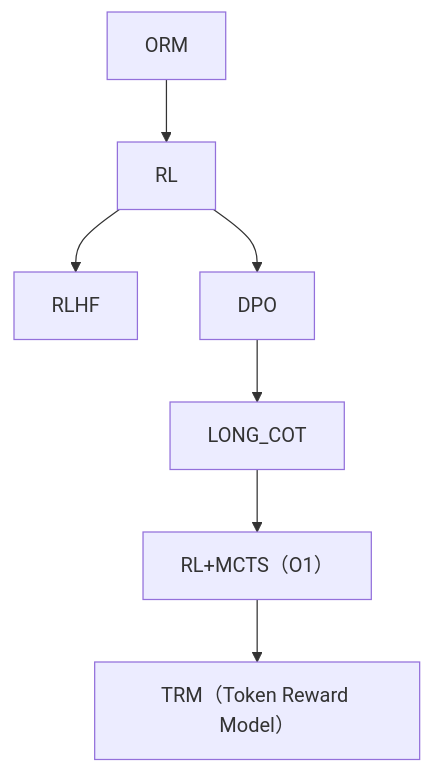
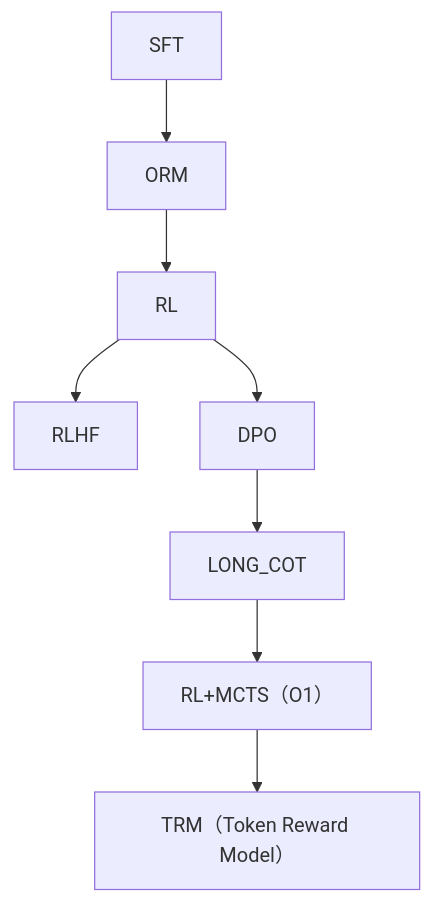
One commit to zhangsheng377/TRM changed the first of 2 diagrams in README.md. Above: the diagram before and after it, drawn with Mermaid.

````diff
--- a/README.md
+++ b/README.md
@@ -11,9 +11,10 @@
 ```mermaid
 graph TD
+    SFT[SFT] --> ORM[ORM]
     ORM[ORM] --> RL[RL]
     RL[RL] --> RLHF[RLHF]
     RL[RL] --> DPO[DPO]
     DPO[DPO] --> LONG_COT[LONG_COT]
     LONG_COT[LONG_COT] --> RL_MCTS[RL+MCTS（O1）]
     RL_MCTS[RL+MCTS（O1）] --> TRM[TRM（Token Reward Model）]
 ```
````
